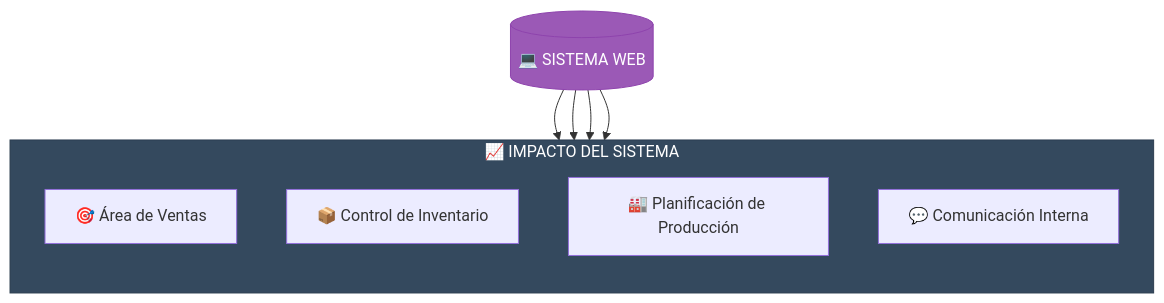
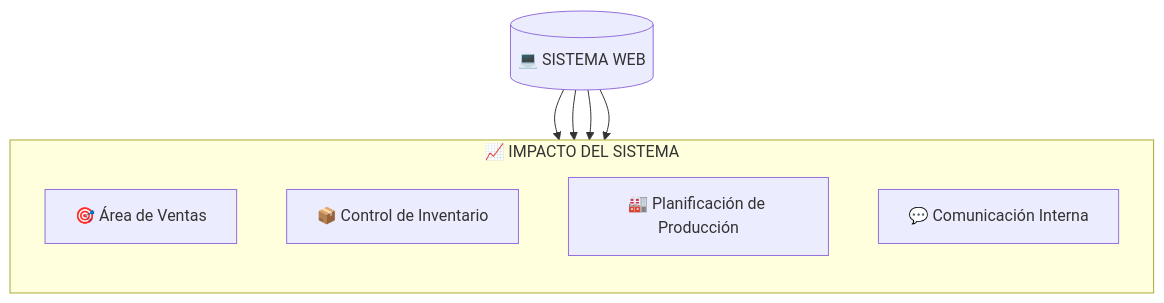
One commit to decagraff/LCService changed the fourth of 4 diagrams in docs/01-introduccion.md. Above: the diagram before and after it, drawn with Mermaid. The commit also changed other lines of this file and 7 other files, not shown here.

````diff
--- a/docs/01-introduccion.md
+++ b/docs/01-introduccion.md
@@ -128,21 +122,19 @@
 ```mermaid
 graph TB
     subgraph impacto["📈 IMPACTO DEL SISTEMA"]
         direction TB
 
         I1["🎯 Área de Ventas"]
         I2["📦 Control de Inventario"]
         I3["🏭 Planificación de Producción"]
         I4["💬 Comunicación Interna"]
     end
 
     S[("💻 SISTEMA WEB")]
 
     S --> I1
     S --> I2
     S --> I3
     S --> I4
 
-    style S fill:#9b59b6,stroke:#8e44ad,color:#fff
-    style impacto fill:#34495e,stroke:#2c3e50,color:#fff
 ```
````
